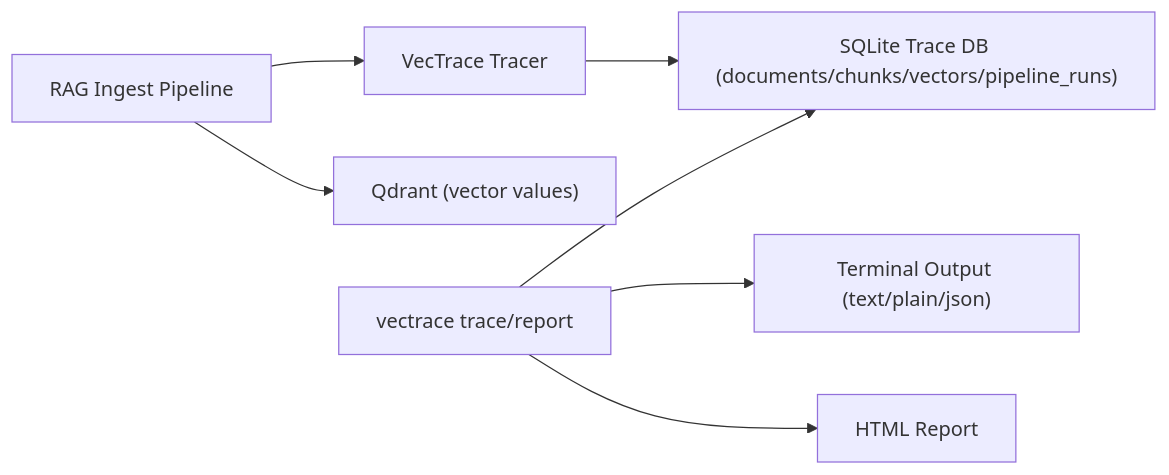
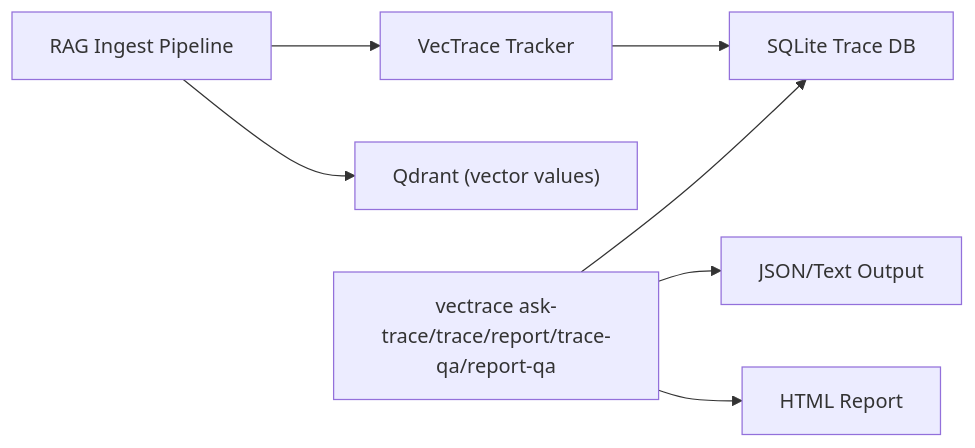
The diagram in README.md (kraftaa/vectrace), drawn with Mermaid before and after one commit. The commit also changed other lines of this file and 9 other files, not shown here.

````diff
--- a/README.md
+++ b/README.md
@@ -83,9 +169,9 @@
 ```mermaid
 flowchart LR
-    A["RAG Ingest Pipeline"] --> B["VecTrace Tracer"]
-    B --> C["SQLite Trace DB (documents/chunks/vectors/pipeline_runs)"]
+    A["RAG Ingest Pipeline"] --> B["VecTrace Tracker"]
+    B --> C["SQLite Trace DB"]
     A --> D["Qdrant (vector values)"]
-    E["vectrace trace/report"] --> C
-    E --> F["Terminal Output (text/plain/json)"]
+    E["vectrace ask-trace/trace/report/trace-qa/report-qa"] --> C
+    E --> F["JSON/Text Output"]
     E --> G["HTML Report"]
 ```
````
